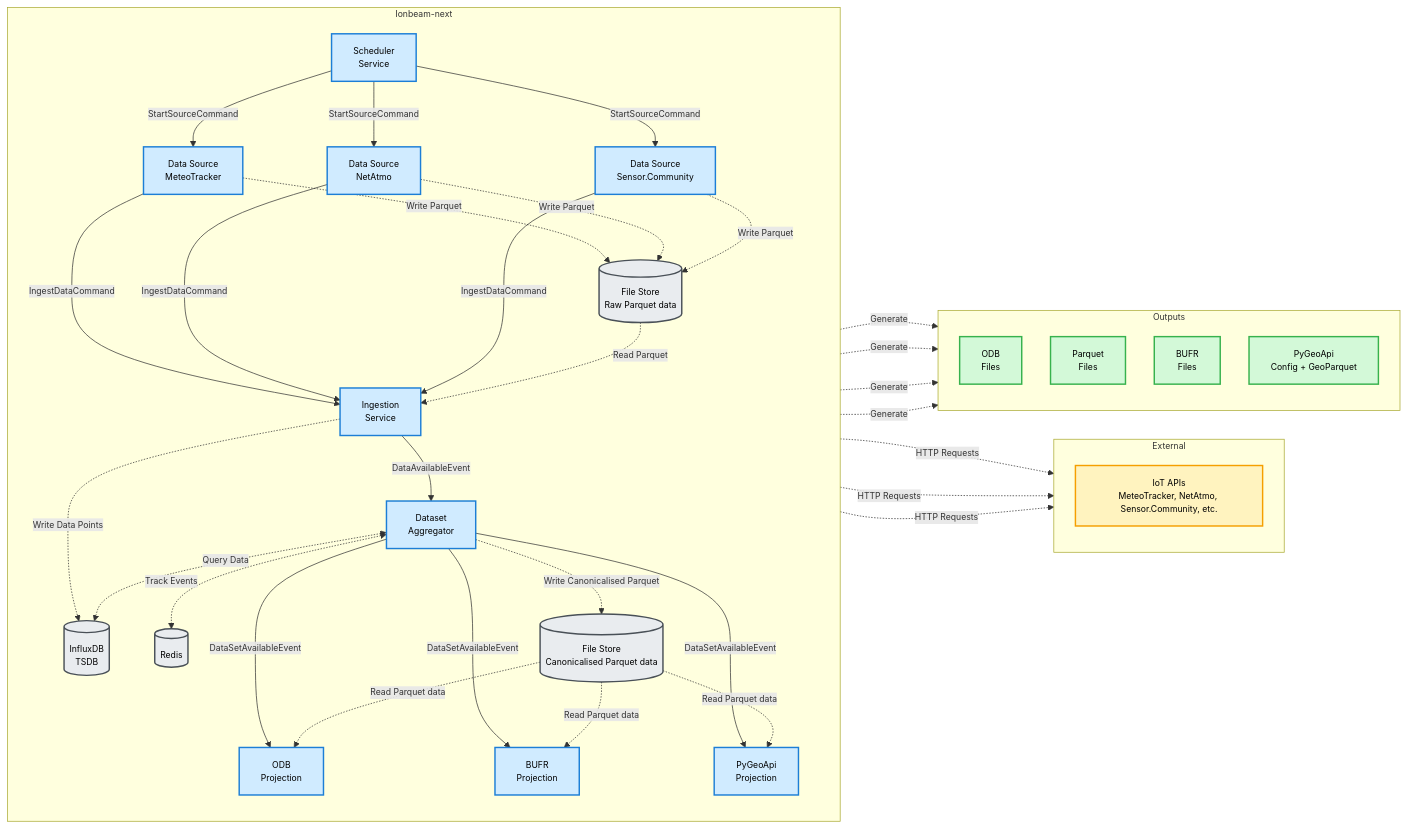
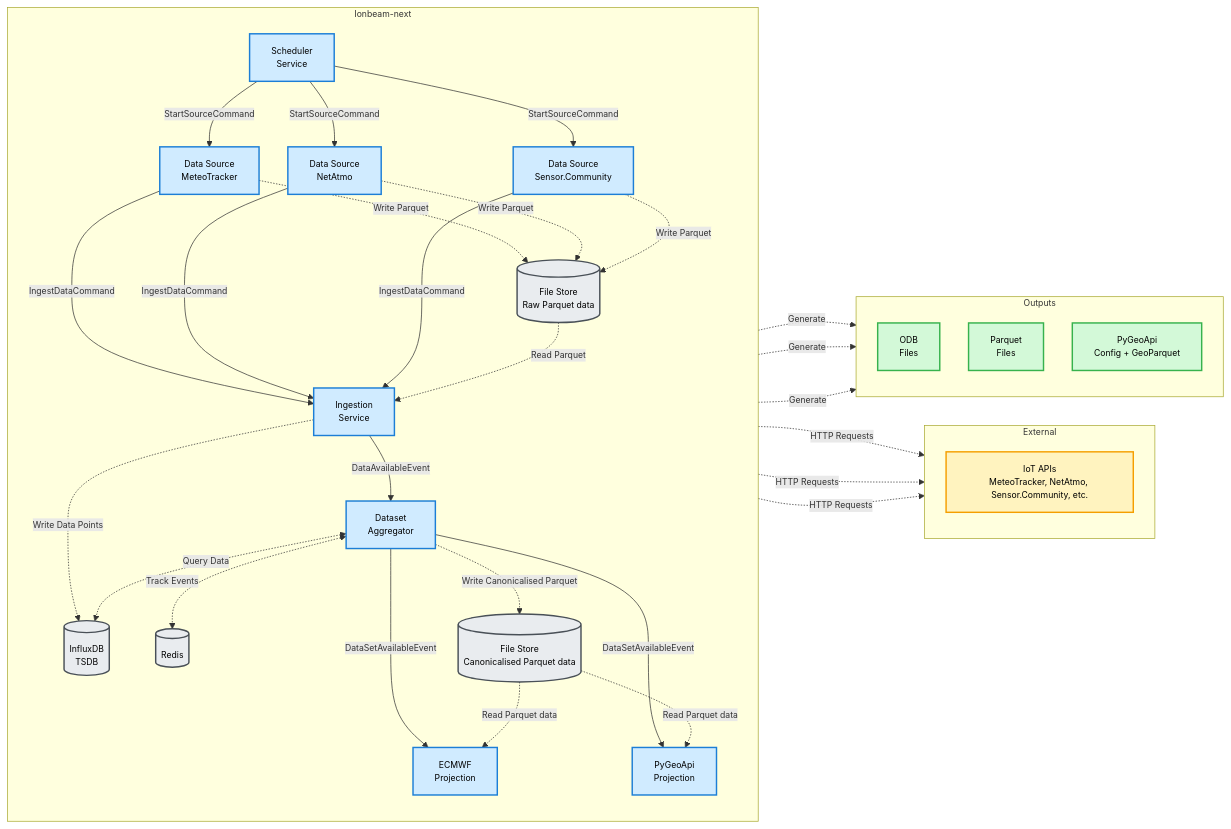
Before and after one commit to ecmwf/IonBeam: the diagram in README.md, drawn with Mermaid. The commit also changed other lines of this file, not shown here.

````diff
--- a/README.md
+++ b/README.md
@@ -39,8 +55,7 @@
       %% Services
       ING[Ingestion<br/>Service]
       AGG[Dataset<br/>Aggregator]
-      ODB[ODB<br/>Projection]
-      BUFR[BUFR<br/>Projection]
+      ODB[ECMWF<br/>Projection]
       PYGEO[PyGeoApi<br/>Projection]
 
       %% Storage (inside Core)
@@ -72,7 +87,6 @@
       %% Events (UNCHANGED)
       ING -->|DataAvailableEvent| AGG
       AGG -->|DataSetAvailableEvent| ODB
-      AGG -->|DataSetAvailableEvent| BUFR
       AGG -->|DataSetAvailableEvent| PYGEO
 
       %% Other data/service usage (dotted)
@@ -80,7 +94,6 @@
       AGG <-.-> |Track Events| REDIS
       AGG -.->|Write Canonicalised Parquet| CANFILES
       CANFILES -.->|Read Parquet data| ODB
-      CANFILES -.->|Read Parquet data| BUFR
       CANFILES -.->|Read Parquet data| PYGEO
     end
 
@@ -89,14 +102,12 @@
       direction TB
       ODBF[ODB<br/>Files]
       PARQUET[Parquet<br/>Files]
-      BUFRF[BUFR<br/>Files]
       PYGEOF[PyGeoApi<br/>Config + GeoParquet]
     end
 
     %% Output generation (data flows - dotted)
     ODB -.->|Generate| ODBF
     ODB -.->|Generate| PARQUET
-    BUFR -.->|Generate| BUFRF
     PYGEO -.->|Generate| PYGEOF
 
     %% Styling (nodes only; unchanged)
@@ -105,8 +116,8 @@
     classDef external fill:#fff3bf,stroke:#f59f00,stroke-width:2px,color:#000
     classDef output fill:#d3f9d8,stroke:#37b24d,stroke-width:2px,color:#000
 
-    class SCHED,METEO,NETATMO,SCOMM,ING,AGG,ODB,BUFR,PARQ,PYGEO service
+    class SCHED,METEO,NETATMO,SCOMM,ING,AGG,ODB,PARQ,PYGEO service
     class INFLUX,REDIS,FILES,CANFILES storage
     class EXT external
-    class PARQUET,ODBF,BUFRF,PYGEOF output
+    class PARQUET,ODBF,PYGEOF output
 ```
````
